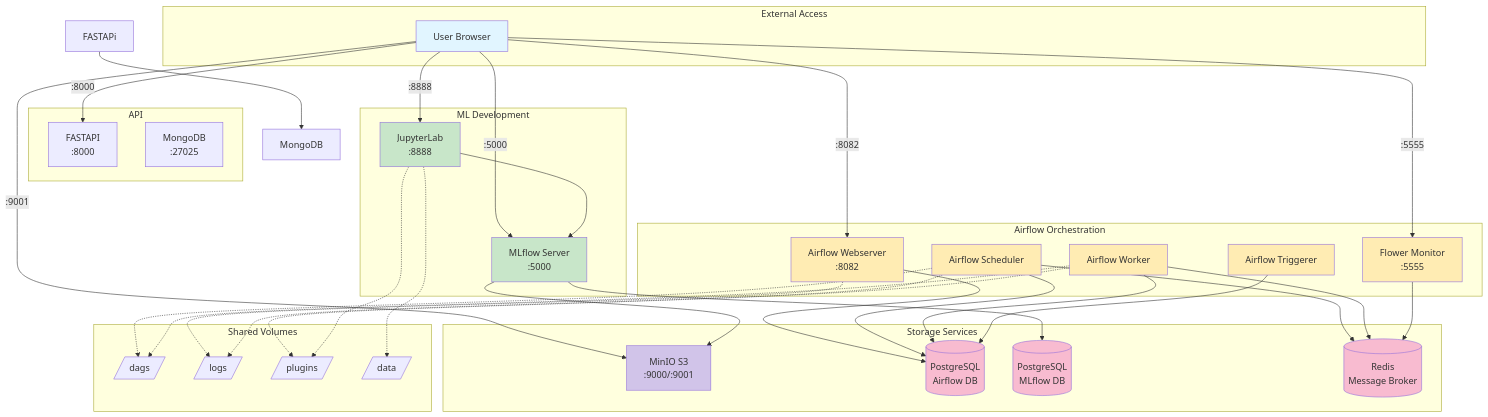
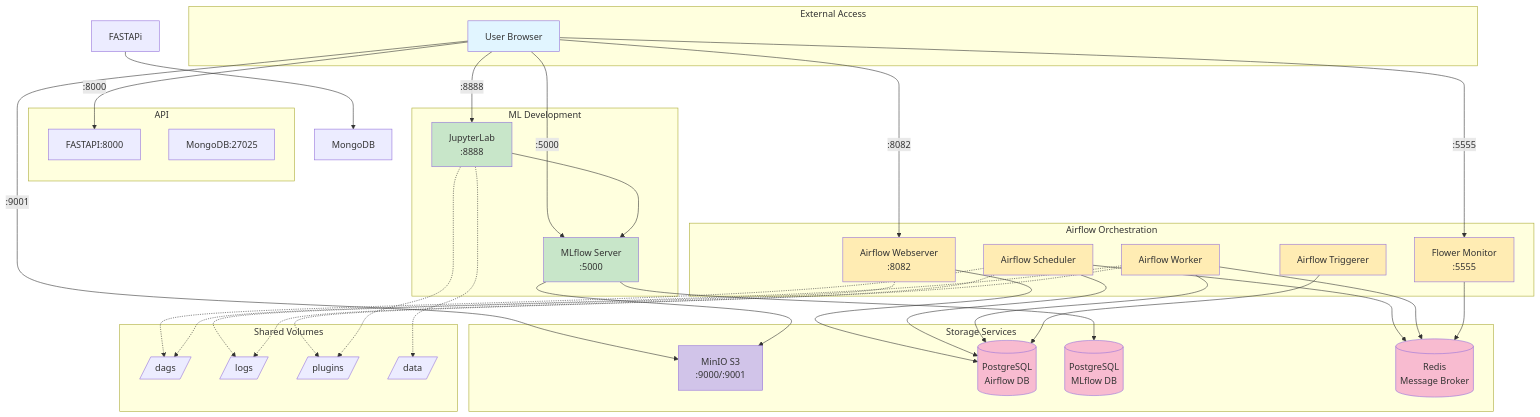
The diagram in README.md (franck-roussel/MLops_Multiclass_Rakuten), drawn with Mermaid before and after one commit. The commit also changed other lines of this file, not shown here.

Commit message:
Update README with architecture and service details

````diff
--- a/README.md
+++ b/README.md
@@ -7,79 +7,79 @@
 ```mermaid
 graph TB
     subgraph "External Access"
         USER[User Browser]
     end
-    
+
+    subgraph "API"
+        FASTAPI[FASTAPI:8000]
+        MONGODB[MongoDB:27025]
+    end
+
     subgraph "Airflow Orchestration"
         WEBSERVER[Airflow Webserver<br/>:8082]
         SCHEDULER[Airflow Scheduler]
         WORKER[Airflow Worker]
         TRIGGERER[Airflow Triggerer]
         FLOWER[Flower Monitor<br/>:5555]
     end
-    
-    subgraph "API"
-        FASTAPI[FASTAPI<br/>:8000]
-        MONGODB[MongoDB<br/>:27025]
-    end
-    
+
     subgraph "ML Development"
         JUPYTER[JupyterLab<br/>:8888]
         MLFLOW[MLflow Server<br/>:5000]
     end
     
     subgraph "Storage Services"
         MINIO[MinIO S3<br/>:9000/:9001]
         POSTGRES_AF[(PostgreSQL<br/>Airflow DB)]
         POSTGRES_ML[(PostgreSQL<br/>MLflow DB)]
         REDIS[(Redis<br/>Message Broker)]
     end
     
     subgraph "Shared Volumes"
         DAGS[/dags/]
         LOGS[/logs/]
         PLUGINS[/plugins/]
         DATA[/data/]
     end
     
     USER -->|:8082| WEBSERVER
     USER -->|:8888| JUPYTER
     USER -->|:5000| MLFLOW
     USER -->|:9001| MINIO
     USER -->|:5555| FLOWER
     USER -->|:8000| FASTAPI
     
     WEBSERVER --> POSTGRES_AF
     SCHEDULER --> POSTGRES_AF
     SCHEDULER --> REDIS
     WORKER --> REDIS
     WORKER --> POSTGRES_AF
     TRIGGERER --> POSTGRES_AF
     FLOWER --> REDIS
     FASTAPi --> MongoDB
     
     MLFLOW --> POSTGRES_ML
     MLFLOW --> MINIO
     JUPYTER --> MLFLOW
     
     SCHEDULER -.-> DAGS
     WORKER -.-> DAGS
     WORKER -.-> PLUGINS
     WEBSERVER -.-> LOGS
     SCHEDULER -.-> LOGS
     JUPYTER -.-> DATA
     JUPYTER -.-> PLUGINS
     
     style USER fill:#e1f5ff
     style WEBSERVER fill:#ffecb3
     style SCHEDULER fill:#ffecb3
     style WORKER fill:#ffecb3
     style TRIGGERER fill:#ffecb3
     style FLOWER fill:#ffecb3
     style JUPYTER fill:#c8e6c9
     style MLFLOW fill:#c8e6c9
     style POSTGRES_AF fill:#f8bbd0
     style POSTGRES_ML fill:#f8bbd0
     style REDIS fill:#f8bbd0
     style MINIO fill:#d1c4e9
 ```
````
